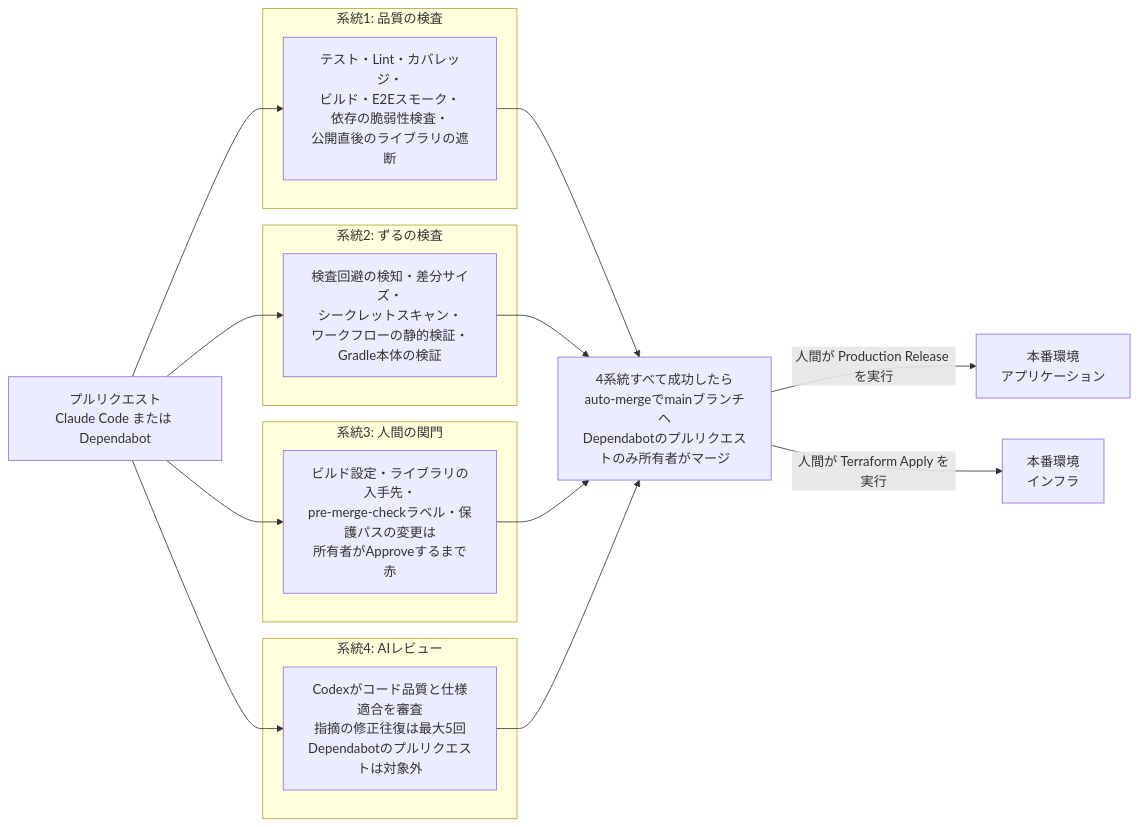
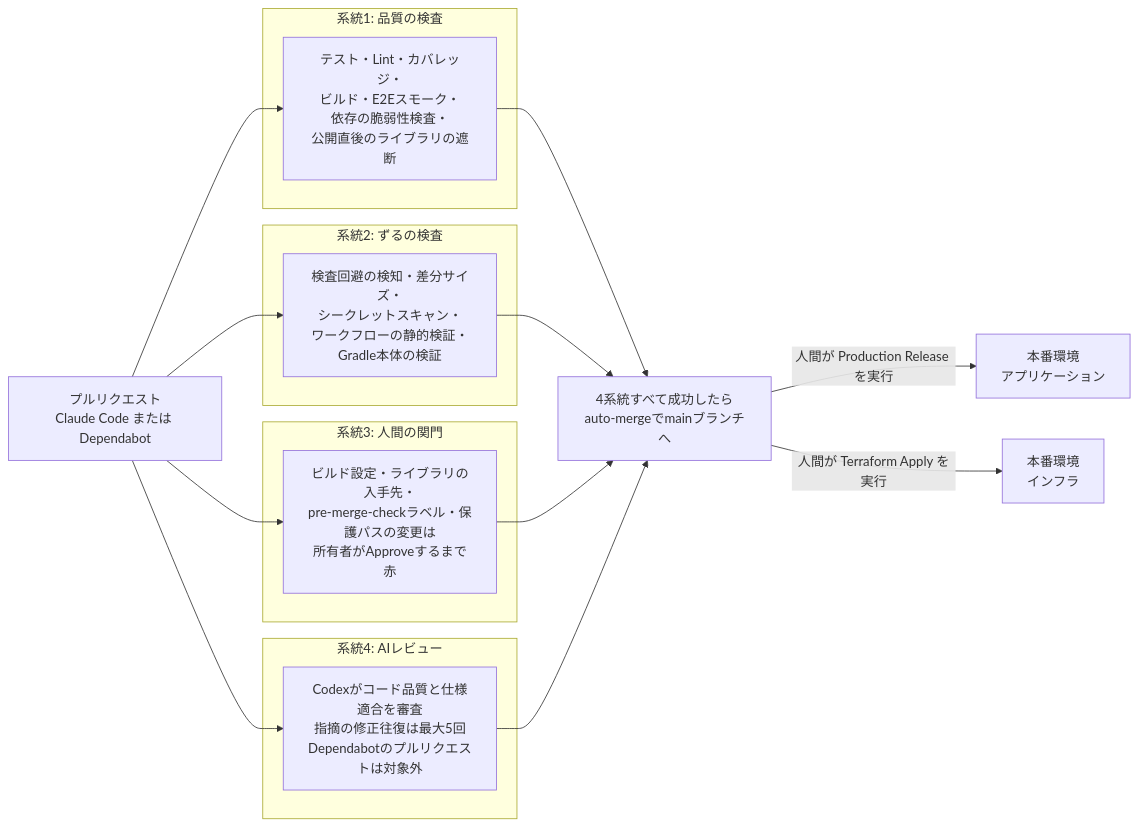
Before and after one commit to DogisRiki/KeirekiPro: the first of 2 diagrams in README.md, drawn with Mermaid. The commit also changed other lines of this file and 5 other files, not shown here.

````diff
--- a/README.md
+++ b/README.md
@@ -53,27 +53,27 @@
 ```mermaid
 flowchart LR
     PR[プルリクエスト<br>Claude Code または Dependabot]
 
     subgraph s1[系統1: 品質の検査]
         Q[テスト・Lint・カバレッジ・<br>ビルド・E2Eスモーク・<br>依存の脆弱性検査・<br>公開直後のライブラリの遮断]
     end
     subgraph s2[系統2: ずるの検査]
         Z[検査回避の検知・差分サイズ・<br>シークレットスキャン・<br>ワークフローの静的検証・<br>Gradle本体の検証]
     end
     subgraph s3[系統3: 人間の関門]
         H[ビルド設定・ライブラリの入手先・<br>pre-merge-checkラベル・保護パスの変更は<br>所有者がApproveするまで赤]
     end
     subgraph s4[系統4: AIレビュー]
         A[Codexがコード品質と仕様適合を審査<br>指摘の修正往復は最大5回<br>Dependabotのプルリクエストは対象外]
     end
 
     PR --> Q
     PR --> Z
     PR --> H
     PR --> A
 
-    Q & Z & H & A --> M[4系統すべて成功したら<br>auto-mergeでmainブランチへ<br>Dependabotのプルリクエストのみ所有者がマージ]
+    Q & Z & H & A --> M[4系統すべて成功したら<br>auto-mergeでmainブランチへ]
 
     M -->|人間が Production Release を実行| App[本番環境<br>アプリケーション]
     M -->|人間が Terraform Apply を実行| Infra[本番環境<br>インフラ]
 ```
````
